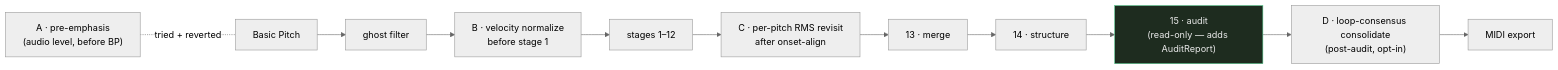
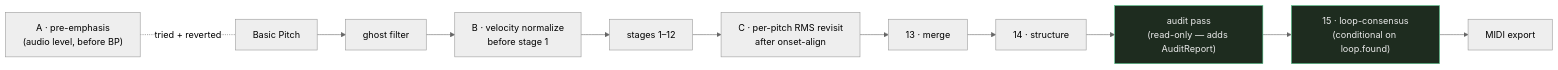
Before and after one commit to samuelsanchez175-oss/dashboard-ui-x: the third of 3 diagrams in docs/chord-detector-pipeline.md, drawn with Mermaid (neutral theme). The commit also changed other lines of this file, not shown here.

First line of the commit message:
docs(chord-detector): pipeline map — stage 15 loop-consensus is live

````diff
--- a/docs/chord-detector-pipeline.md
+++ b/docs/chord-detector-pipeline.md
@@ -163,16 +174,16 @@
 ```mermaid
 flowchart LR
     P1["A · pre-emphasis<br/>(audio level, before BP)"] -. tried + reverted .- BPstage
     BPstage["Basic Pitch"] --> ghost
     ghost["ghost filter"] --> P2
     P2["B · velocity normalize<br/>before stage 1"] --> stages1to12
     stages1to12["stages 1–12"] --> P3
     P3["C · per-pitch RMS revisit<br/>after onset-align"] --> S13
     S13["13 · merge"] --> S14
-    S14["14 · structure"] --> S15
-    S15["15 · audit<br/>(read-only — adds AuditReport)"]:::landed
-    S15 --> P4
-    P4["D · loop-consensus consolidate<br/>(post-audit, opt-in)"] --> EXPORT
+    S14["14 · structure"] --> AUDIT
+    AUDIT["audit pass<br/>(read-only — adds AuditReport)"]:::landed
+    AUDIT --> S15
+    S15["15 · loop-consensus<br/>(conditional on loop.found)"]:::landed --> EXPORT
     EXPORT["MIDI export"]
     classDef landed fill:#1e2c1f,stroke:#54C98E,color:#eaeaea;
 ```
````
